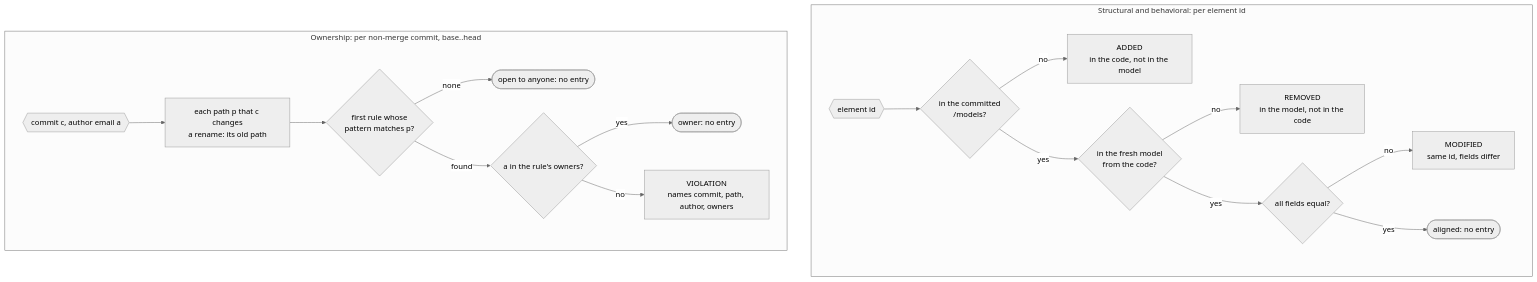
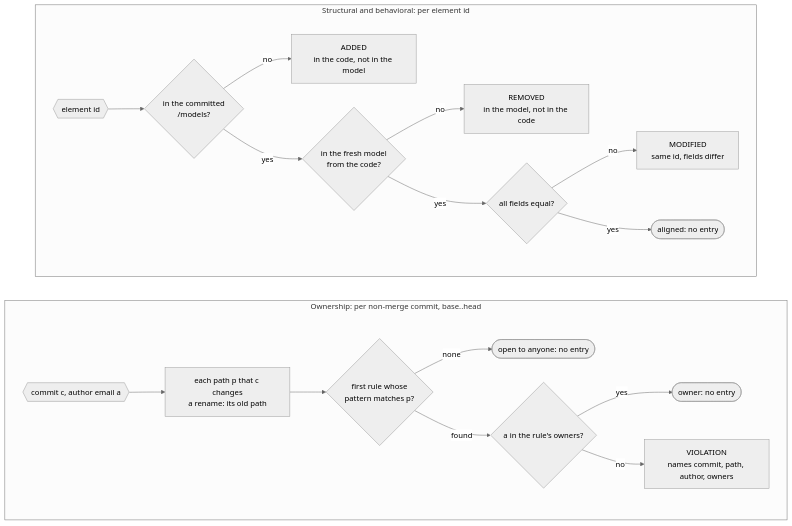
The diagram in docs/models/comparison.md (MuhammadSban/DocumentationModelDrifter), drawn with Mermaid (neutral theme) before and after one commit. The commit also changed 5 other files, not shown here.

First line of the commit message:
Draw the wide diagrams top to bottom

````diff
--- a/docs/models/comparison.md
+++ b/docs/models/comparison.md
@@ -7,24 +7,26 @@
 ```mermaid
 flowchart TB
     accTitle: How differences are decided
     accDescr: For structural and behavioral, an element id only in the fresh model is ADDED, only in the committed model is REMOVED, in both with different fields is MODIFIED, and in both with the same fields is aligned. For ownership, each path a non-merge commit changes is matched against the first rule whose pattern matches, if the author is not among its owners, it is a VIOLATION naming commit, path, author and owners.
 
     subgraph S[Structural and behavioral: per element id]
         Id{{element id}} --> InC{in the committed<br/>/models?}
         InC -- no --> Added[ADDED<br/>in the code, not in the model]
         InC -- yes --> InF{in the fresh model<br/>from the code?}
         InF -- no --> Removed[REMOVED<br/>in the model, not in the code]
         InF -- yes --> Same{all fields equal?}
         Same -- no --> Modified[MODIFIED<br/>same id, fields differ]
         Same -- yes --> Ok1([aligned: no entry])
     end
 
     subgraph O[Ownership: per non-merge commit, base..head]
         C{{commit c, author email a}} --> P[each path p that c changes<br/>a rename: its old path]
         P --> R{first rule whose<br/>pattern matches p?}
         R -- none --> Ok2([open to anyone: no entry])
         R -- found --> A{a in the rule's owners?}
         A -- yes --> Ok3([owner: no entry])
         A -- no --> V[VIOLATION<br/>names commit, path, author, owners]
     end
+
+    S ~~~ O
 ```
````
